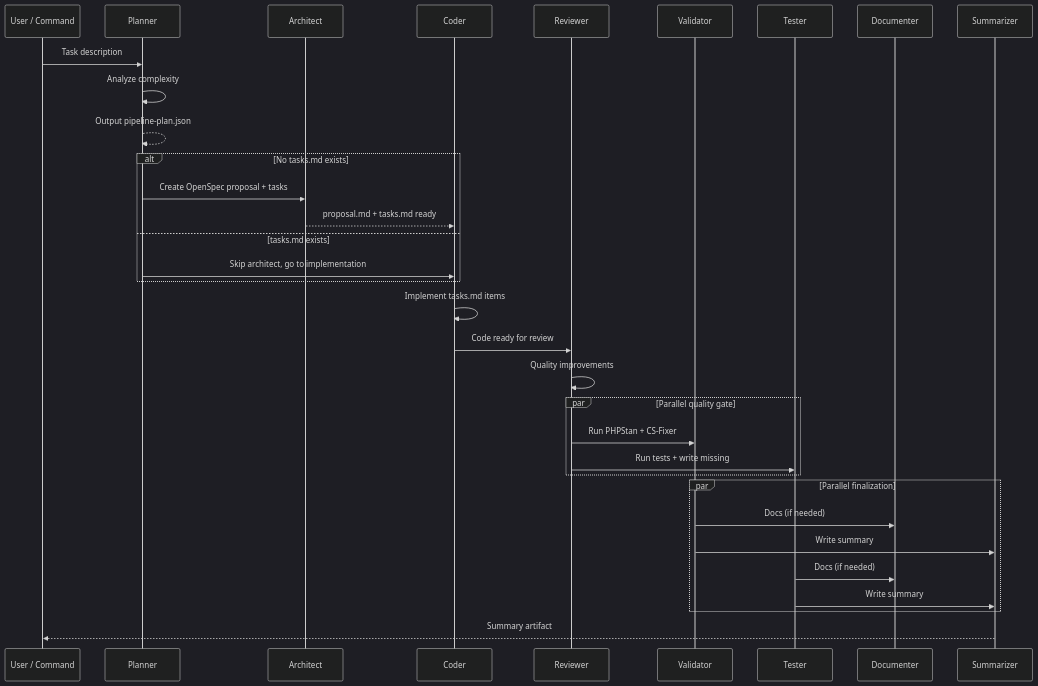
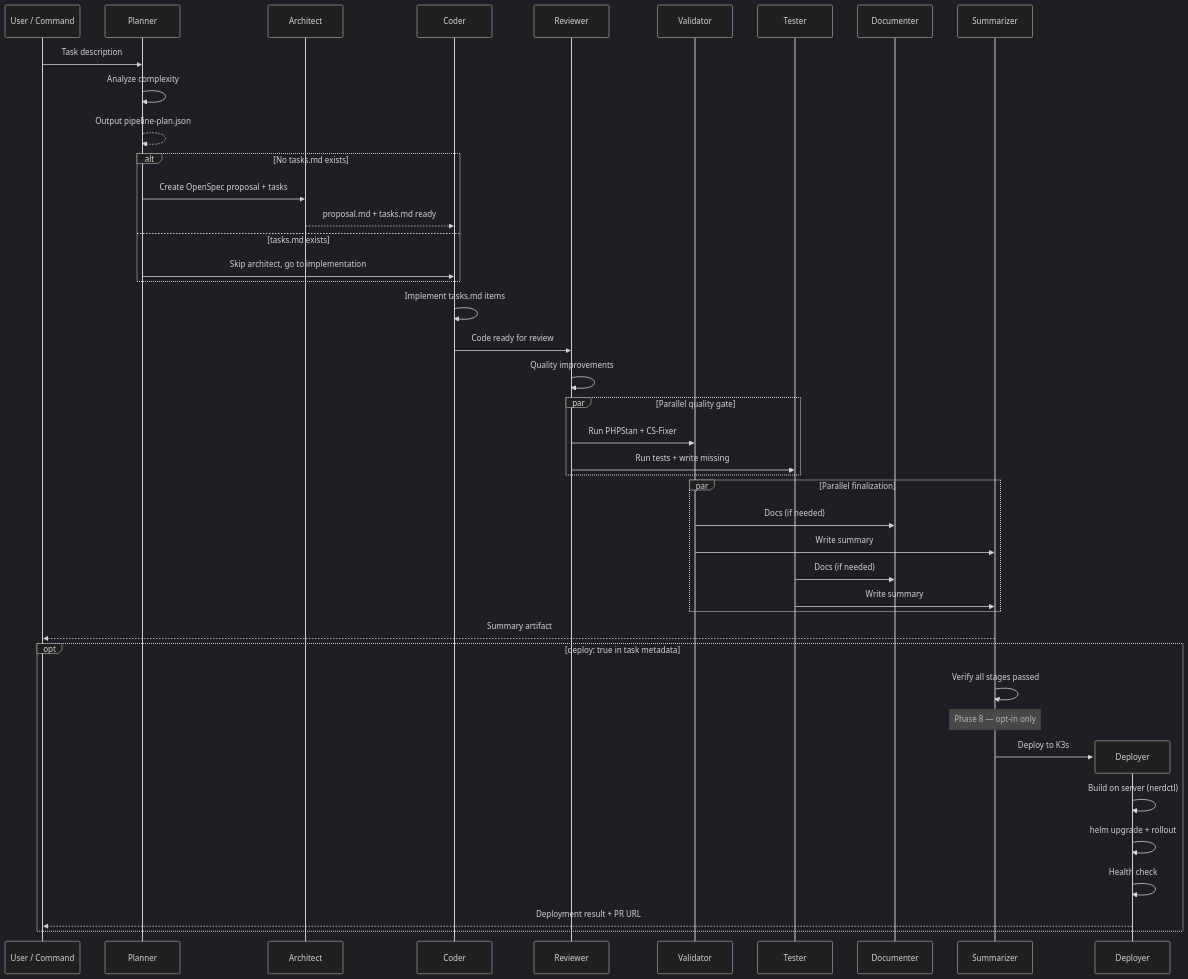
The second of 6 diagrams in docs/agent-development/en/workflow.md (brama-ai/workspace), drawn with Mermaid (dark theme) before and after one commit. The commit also changed other lines of this file and 39 other files, not shown here.

````diff
--- a/docs/agent-development/en/workflow.md
+++ b/docs/agent-development/en/workflow.md
@@ -103,42 +119,53 @@
 ```mermaid
 sequenceDiagram
     participant U as User / Command
     participant P as Planner
     participant A as Architect
     participant C as Coder
     participant R as Reviewer
     participant V as Validator
     participant T as Tester
     participant D as Documenter
     participant S as Summarizer
 
     U->>P: Task description
     P->>P: Analyze complexity
     P-->>P: Output pipeline-plan.json
 
     alt No tasks.md exists
         P->>A: Create OpenSpec proposal + tasks
         A-->>C: proposal.md + tasks.md ready
     else tasks.md exists
         P->>C: Skip architect, go to implementation
     end
 
     C->>C: Implement tasks.md items
     C->>R: Code ready for review
 
     R->>R: Quality improvements
 
     par Parallel quality gate
         R->>V: Run PHPStan + CS-Fixer
         R->>T: Run tests + write missing
     end
 
     par Parallel finalization
         V->>D: Docs (if needed)
         V->>S: Write summary
         T->>D: Docs (if needed)
         T->>S: Write summary
     end
 
     S-->>U: Summary artifact
+
+    opt deploy: true in task metadata
+        S->>S: Verify all stages passed
+        Note over S: Phase 8 — opt-in only
+        create participant DEP as Deployer
+        S->>DEP: Deploy to K3s
+        DEP->>DEP: Build on server (nerdctl)
+        DEP->>DEP: helm upgrade + rollout
+        DEP->>DEP: Health check
+        DEP-->>U: Deployment result + PR URL
+    end
 ```
````
